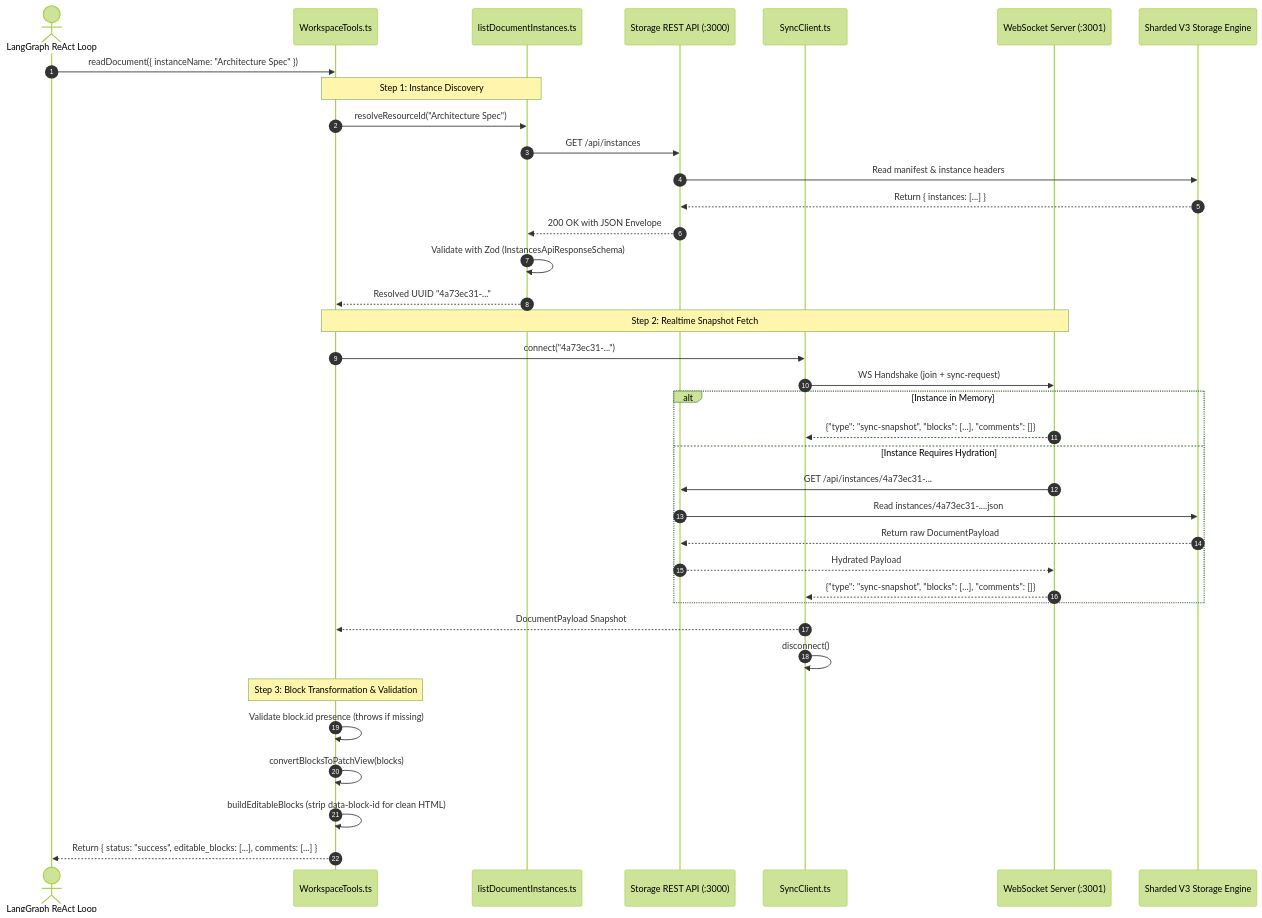
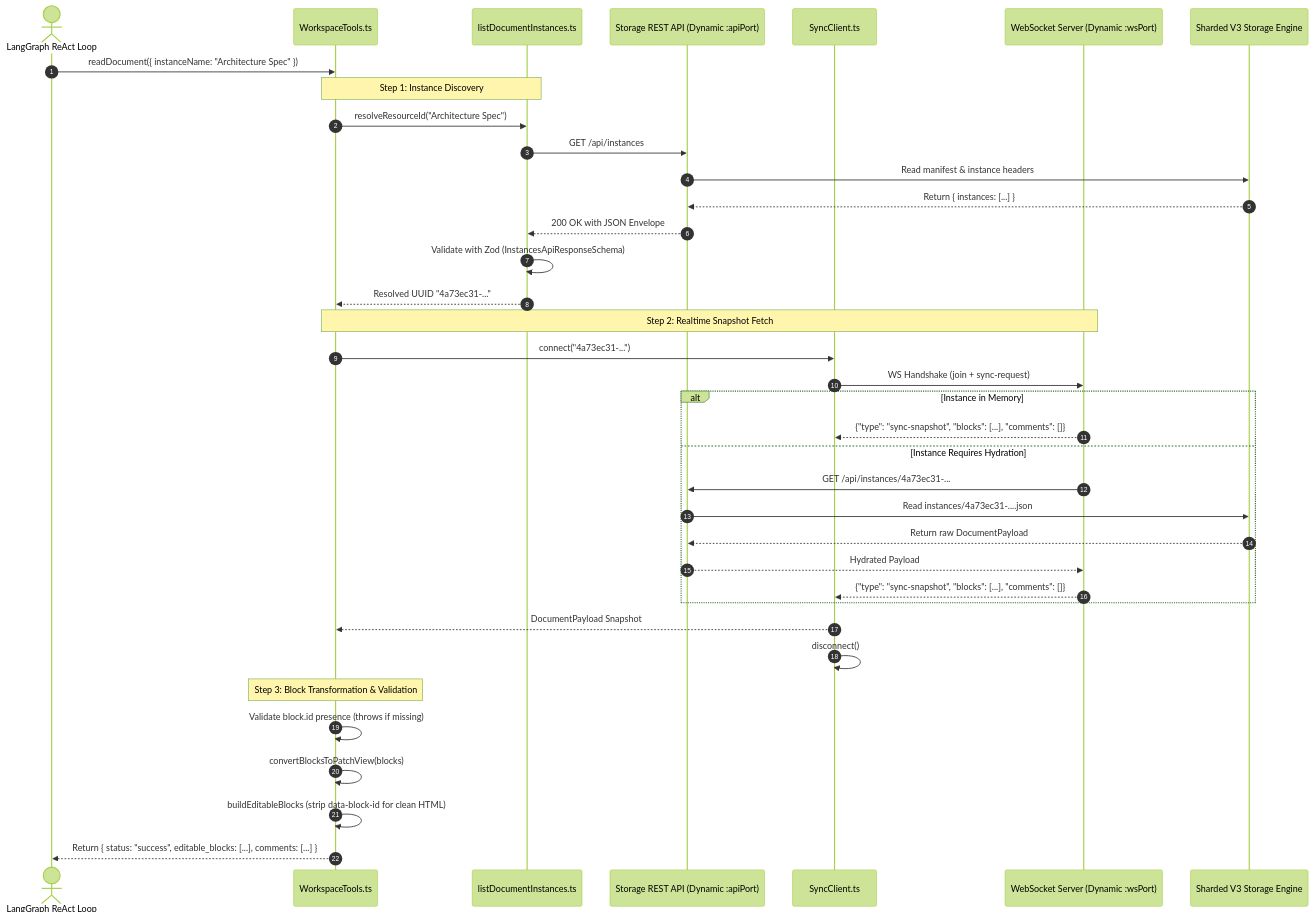
The second of 4 diagrams in docs/design-catalog/core-engine-wiring.md (Goldwaterfung/Collaragent), drawn with Mermaid (forest theme) before and after one commit. The commit also changed other lines of this file and 1 other file, not shown here.

Commit message:
Update api document

````diff
--- a/docs/design-catalog/core-engine-wiring.md
+++ b/docs/design-catalog/core-engine-wiring.md
@@ -93,46 +93,46 @@
 ```mermaid
 sequenceDiagram
     autonumber
     actor LLM as LangGraph ReAct Loop
     participant Tools as WorkspaceTools.ts
     participant wstools as listDocumentInstances.ts
-    participant REST as Storage REST API (:3000)
+    participant REST as Storage REST API (Dynamic :apiPort)
     participant SyncClient as SyncClient.ts
-    participant WSServer as WebSocket Server (:3001)
+    participant WSServer as WebSocket Server (Dynamic :wsPort)
     participant Storage as Sharded V3 Storage Engine
 
     LLM->>Tools: readDocument({ instanceName: "Architecture Spec" })
     
     Note over Tools,wstools: Step 1: Instance Discovery
     Tools->>wstools: resolveResourceId("Architecture Spec")
     wstools->>REST: GET /api/instances
     REST->>Storage: Read manifest & instance headers
     Storage-->>REST: Return { instances: [...] }
     REST-->>wstools: 200 OK with JSON Envelope
     wstools->>wstools: Validate with Zod (InstancesApiResponseSchema)
     wstools-->>Tools: Resolved UUID "4a73ec31-..."
 
     Note over Tools,WSServer: Step 2: Realtime Snapshot Fetch
     Tools->>SyncClient: connect("4a73ec31-...")
     SyncClient->>WSServer: WS Handshake (join + sync-request)
     
     alt Instance in Memory
         WSServer-->>SyncClient: {"type": "sync-snapshot", "blocks": [...], "comments": []}
     else Instance Requires Hydration
         WSServer->>REST: GET /api/instances/4a73ec31-...
         REST->>Storage: Read instances/4a73ec31-....json
         Storage-->>REST: Return raw DocumentPayload
         REST-->>WSServer: Hydrated Payload
         WSServer-->>SyncClient: {"type": "sync-snapshot", "blocks": [...], "comments": []}
     end
 
     SyncClient-->>Tools: DocumentPayload Snapshot
     SyncClient->>SyncClient: disconnect()
 
     Note over Tools: Step 3: Block Transformation & Validation
     Tools->>Tools: Validate block.id presence (throws if missing)
     Tools->>Tools: convertBlocksToPatchView(blocks)
     Tools->>Tools: buildEditableBlocks (strip data-block-id for clean HTML)
 
     Tools-->>LLM: Return { status: "success", editable_blocks: [...], comments: [...] }
 ```
````
